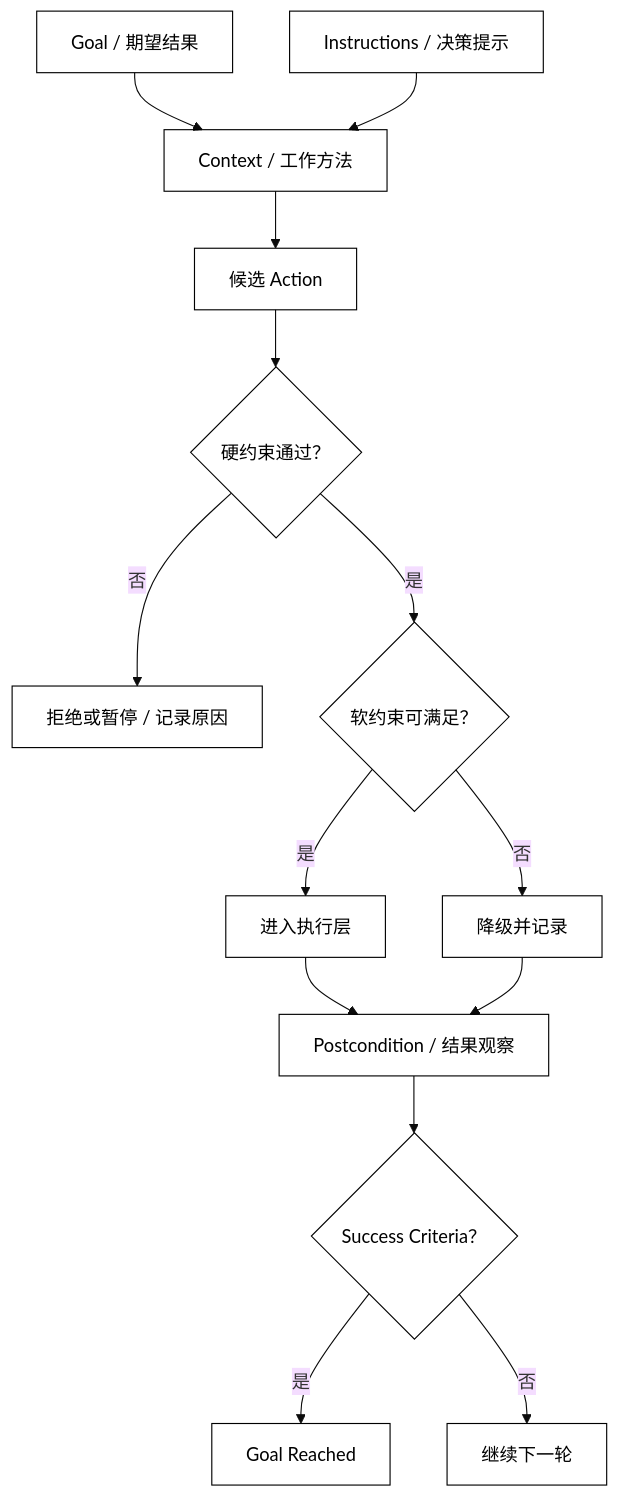
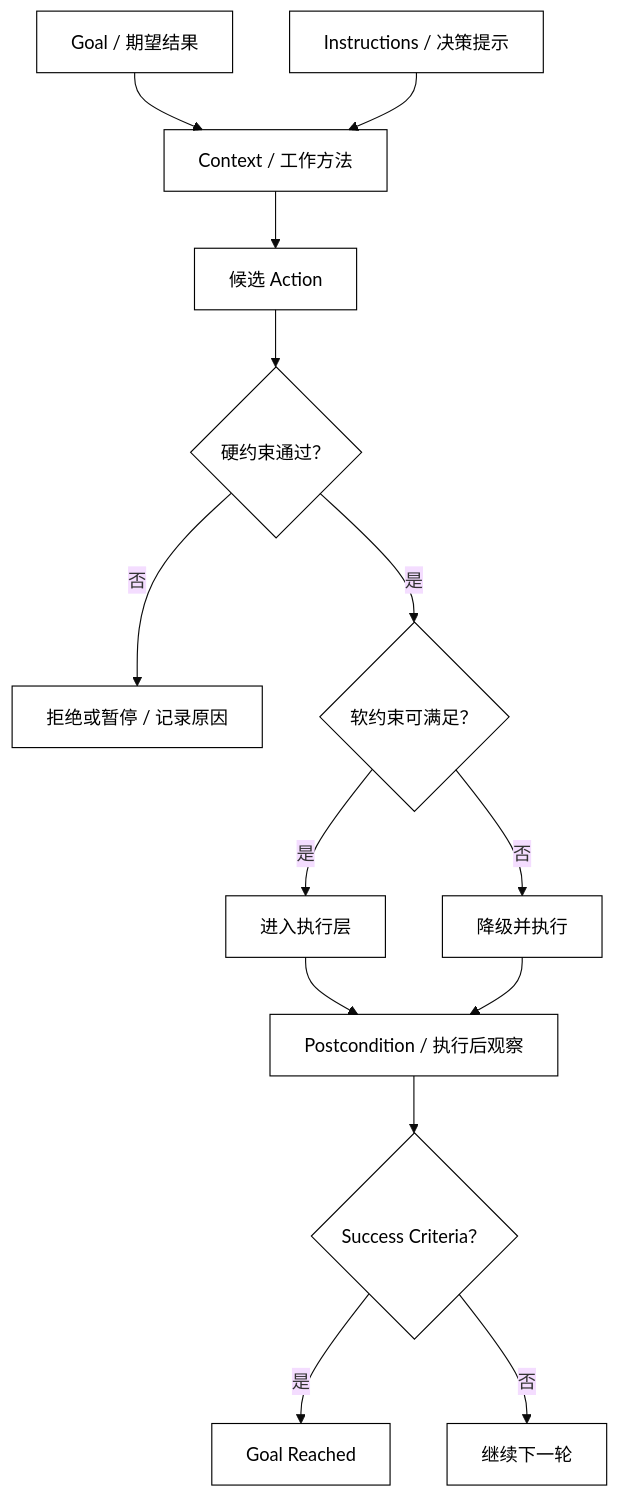
The diagram in docs/courses/agent/02-Agent基础/03-Goal-Instructions与Constraints.md (clint-sfy/clintsfy.github.io), drawn with Mermaid (base theme) before and after one commit. The commit also changed other lines of this file and 7 other files, not shown here.

Commit message:
fix(agent): refine course mermaid boundaries

````diff
--- a/docs/courses/agent/02-Agent基础/03-Goal-Instructions与Constraints.md
+++ b/docs/courses/agent/02-Agent基础/03-Goal-Instructions与Constraints.md
@@ -71,19 +71,19 @@
 ```mermaid
 flowchart TD
     Goal["Goal / 期望结果"] --> Context["Context / 工作方法"]
     Instructions["Instructions / 决策提示"] --> Context
     Context --> Candidate["候选 Action"]
     Candidate --> Hard{"硬约束通过？"}
     Hard -->|否| Blocked["拒绝或暂停 / 记录原因"]
     Hard -->|是| Soft{"软约束可满足？"}
     Soft -->|是| Execute["进入执行层"]
-    Soft -->|否| Degrade["降级并记录"]
-    Execute --> Post["Postcondition / 结果观察"]
+    Soft -->|否| Degrade["降级并执行"]
+    Execute --> Post["Postcondition / 执行后观察"]
     Degrade --> Post
     Post --> Success{"Success Criteria？"}
     Success -->|是| Done["Goal Reached"]
     Success -->|否| Next["继续下一轮"]
 
     classDef core fill:transparent,stroke:currentColor,color:currentColor,stroke-width:1px;
     class Goal,Instructions,Context,Candidate,Hard,Blocked,Soft,Execute,Degrade,Post,Success,Done,Next core;
 ```
````
